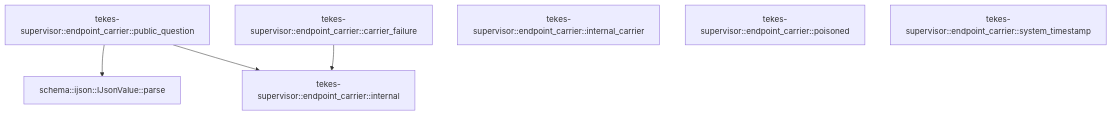
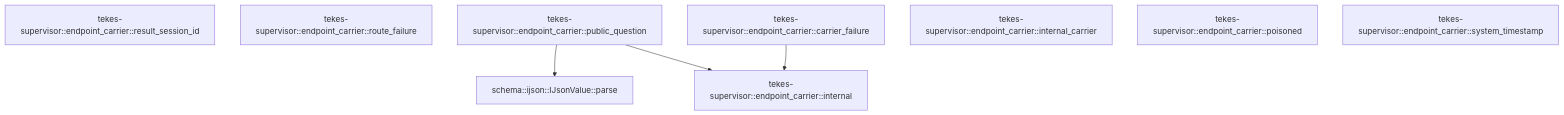
Before and after one commit to TekesApps/TekesKernel: the seventh of 7 diagrams in crates/supervisor/docs/generated/src--endpoint_carrier.md, drawn with Mermaid. The commit also changed other lines of this file and 31 other files, not shown here.

````diff
--- a/crates/supervisor/docs/generated/src--endpoint_carrier.md
+++ b/crates/supervisor/docs/generated/src--endpoint_carrier.md
@@ -758,13 +768,15 @@
 ```mermaid
 flowchart TD
   n0["schema::ijson::IJsonValue::parse"]
-  n1["tekes-supervisor::endpoint_carrier::public_question"]
-  n2["tekes-supervisor::endpoint_carrier::internal"]
-  n3["tekes-supervisor::endpoint_carrier::carrier_failure"]
-  n4["tekes-supervisor::endpoint_carrier::internal_carrier"]
-  n5["tekes-supervisor::endpoint_carrier::poisoned"]
-  n6["tekes-supervisor::endpoint_carrier::system_timestamp"]
-  n1 --> n0
-  n1 --> n2
-  n3 --> n2
+  n1["tekes-supervisor::endpoint_carrier::result_session_id"]
+  n2["tekes-supervisor::endpoint_carrier::route_failure"]
+  n3["tekes-supervisor::endpoint_carrier::public_question"]
+  n4["tekes-supervisor::endpoint_carrier::internal"]
+  n5["tekes-supervisor::endpoint_carrier::carrier_failure"]
+  n6["tekes-supervisor::endpoint_carrier::internal_carrier"]
+  n7["tekes-supervisor::endpoint_carrier::poisoned"]
+  n8["tekes-supervisor::endpoint_carrier::system_timestamp"]
+  n3 --> n0
+  n3 --> n4
+  n5 --> n4
 ```
````
